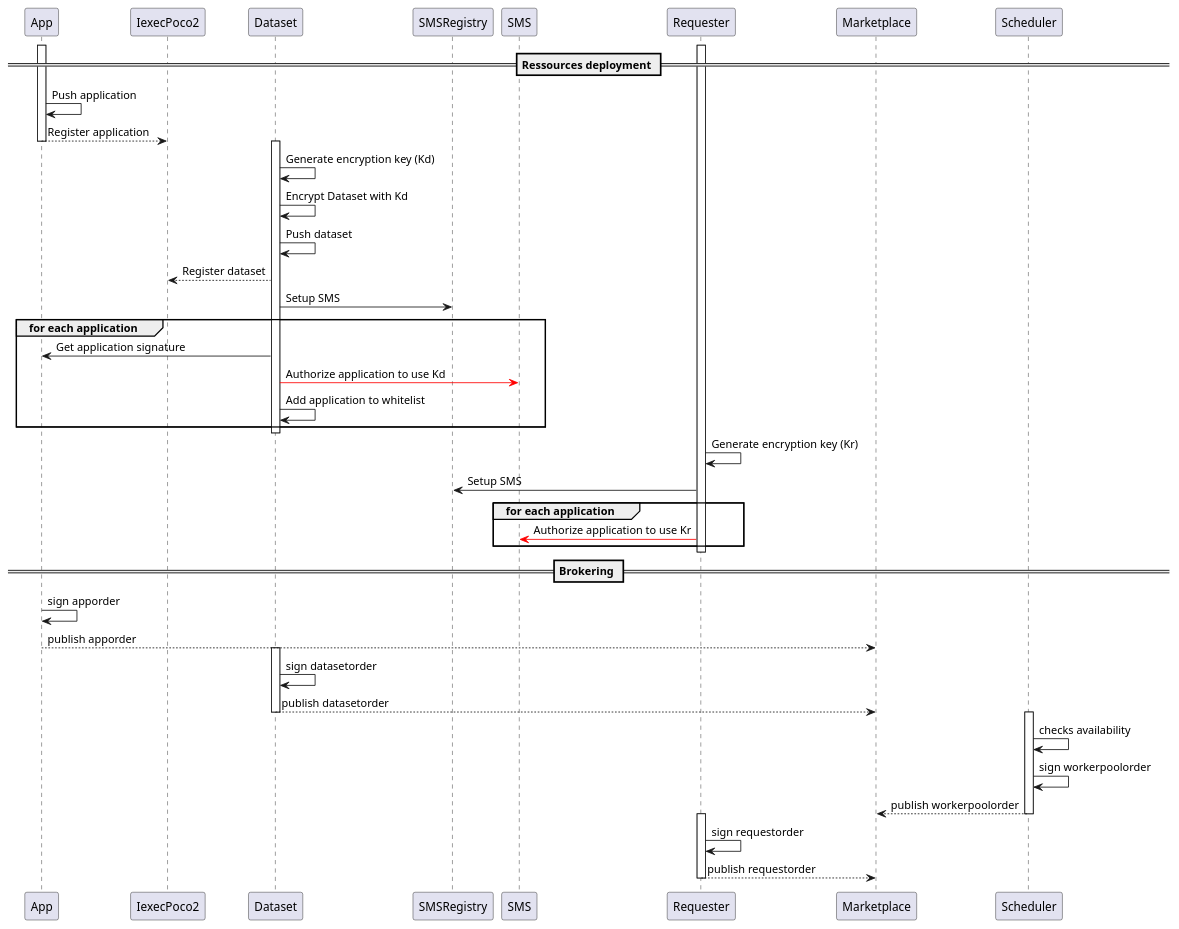
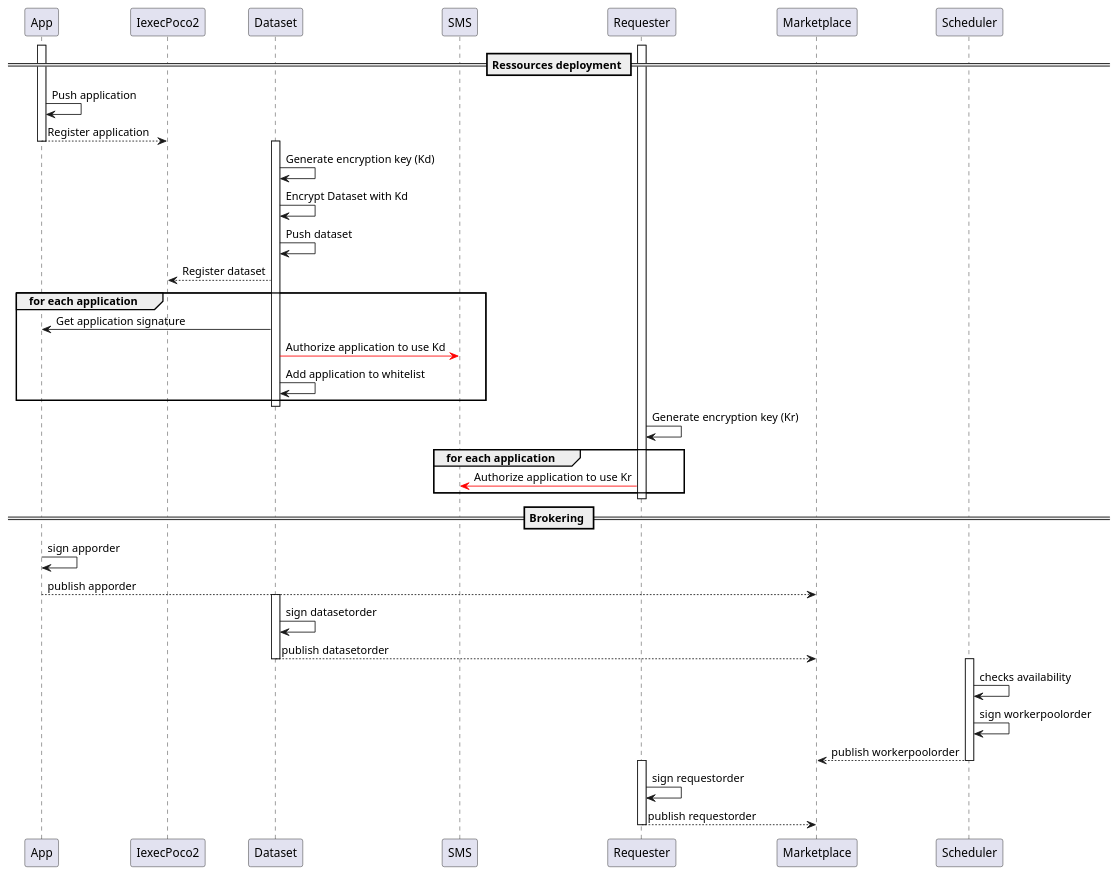
Before and after one commit to iExecBlockchainComputing/PoCo: the diagram in uml/workflow-ODB-1b-publish-orders-TEE.puml, drawn with PlantUML. The commit also changed 3 other files, not shown here.

```diff
--- a/uml/workflow-ODB-1b-publish-orders-TEE.puml
+++ b/uml/workflow-ODB-1b-publish-orders-TEE.puml
@@ -1,53 +1,51 @@
 @startuml
 
 == Ressources deployment ==
 activate App
 App -> App : Push application
 App --> IexecPoco2 : Register application
 deactivate App
 
 activate Dataset
 Dataset -> Dataset : Generate encryption key (Kd)
 Dataset -> Dataset : Encrypt Dataset with Kd
 Dataset -> Dataset : Push dataset
 Dataset --> IexecPoco2 : Register dataset
-Dataset -> SMSRegistry : Setup SMS
 group for each application
 	Dataset -> App : Get application signature
 	Dataset -[#red]> SMS : Authorize application to use Kd
 	Dataset -> Dataset : Add application to whitelist
 end
 deactivate Dataset
 
 activate Requester
 Requester -> Requester : Generate encryption key (Kr)
-Requester -> SMSRegistry : Setup SMS
 group for each application
 	Requester -[#red]> SMS: Authorize application to use Kr
 end
 deactivate Requester
 
 == Brokering ==
 
 activate App
 App -> App : sign apporder
 App --> Marketplace : publish apporder
 deactivate App
 
 activate Dataset
 Dataset -> Dataset : sign datasetorder
 Dataset --> Marketplace : publish datasetorder
 deactivate Dataset
 
 activate Scheduler
 Scheduler -> Scheduler : checks availability
 Scheduler -> Scheduler : sign workerpoolorder
 Scheduler --> Marketplace : publish workerpoolorder
 deactivate Scheduler
 
 activate Requester
 Requester -> Requester : sign requestorder
 Requester --> Marketplace : publish requestorder
 deactivate Requester
 
 @enduml
```
